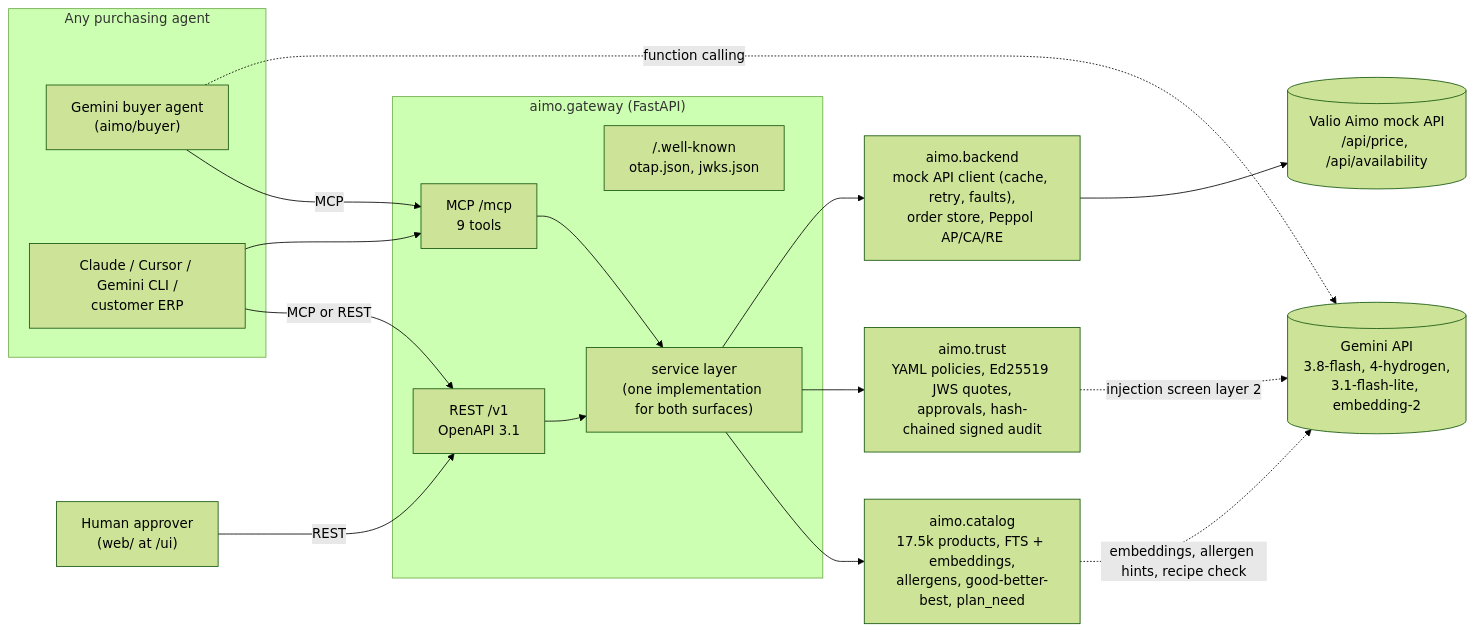
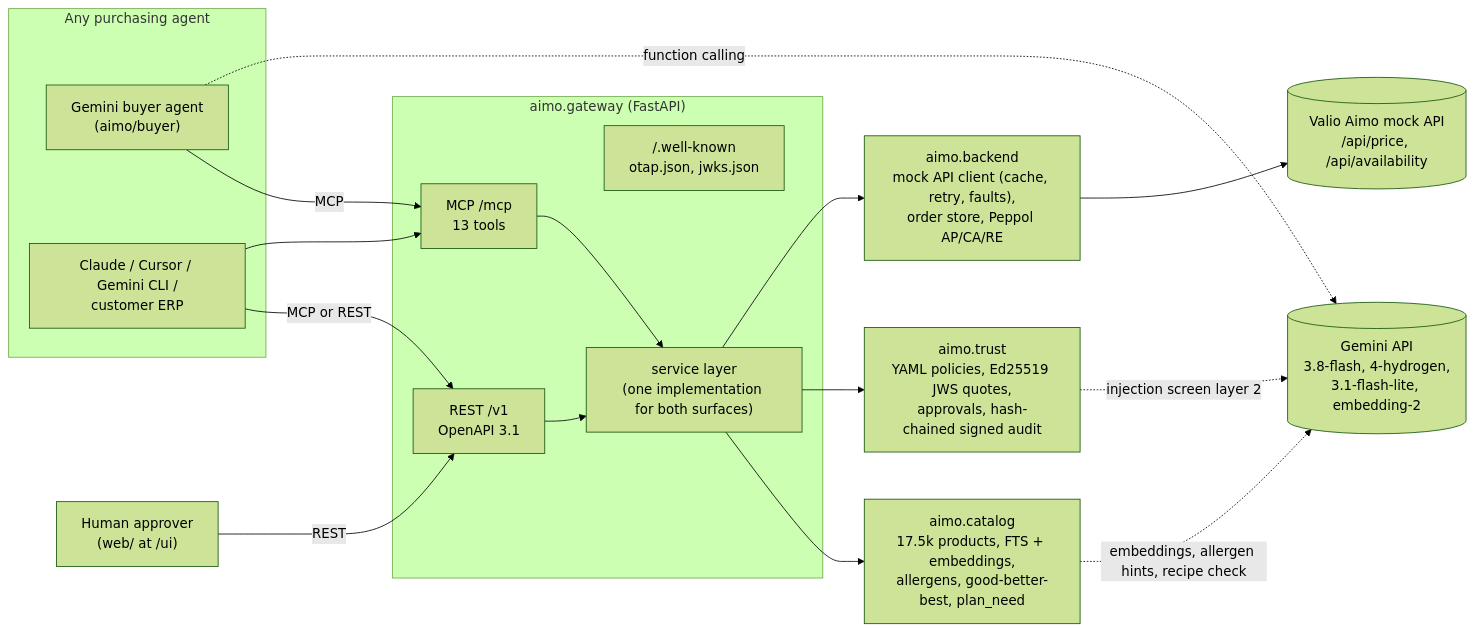
Before and after one commit to s1laswang/junction-aimo-agents: the diagram in README.md, drawn with Mermaid (forest theme). The commit also changed other lines of this file and 34 other files, not shown here.

````diff
--- a/README.md
+++ b/README.md
@@ -56,32 +83,32 @@
 ```mermaid
 flowchart LR
   subgraph Agents["Any purchasing agent"]
     G["Gemini buyer agent<br/>(aimo/buyer)"]
     X["Claude / Cursor / Gemini CLI /<br/>customer ERP"]
   end
   H["Human approver<br/>(web/ at /ui)"]
   subgraph GW["aimo.gateway (FastAPI)"]
-    MCP["MCP /mcp<br/>9 tools"]
+    MCP["MCP /mcp<br/>13 tools"]
     REST["REST /v1<br/>OpenAPI 3.1"]
     WK["/.well-known<br/>otap.json, jwks.json"]
     SVC["service layer<br/>(one implementation for both surfaces)"]
   end
   CAT["aimo.catalog<br/>17.5k products, FTS + embeddings,<br/>allergens, good-better-best, plan_need"]
   TR["aimo.trust<br/>YAML policies, Ed25519 JWS quotes,<br/>approvals, hash-chained signed audit"]
   BE["aimo.backend<br/>mock API client (cache, retry, faults),<br/>order store, Peppol AP/CA/RE"]
   V[("Valio Aimo mock API<br/>/api/price, /api/availability")]
   GEM[("Gemini API<br/>3.8-flash, 4-hydrogen,<br/>3.1-flash-lite, embedding-2")]
   G -- MCP --> MCP
   X -- MCP or REST --> REST
   X --> MCP
   H -- REST --> REST
   MCP --> SVC
   REST --> SVC
   SVC --> CAT
   SVC --> TR
   SVC --> BE
   BE --> V
   CAT -. embeddings, allergen hints, recipe check .-> GEM
   TR -. injection screen layer 2 .-> GEM
   G -. function calling .-> GEM
 ```
````
